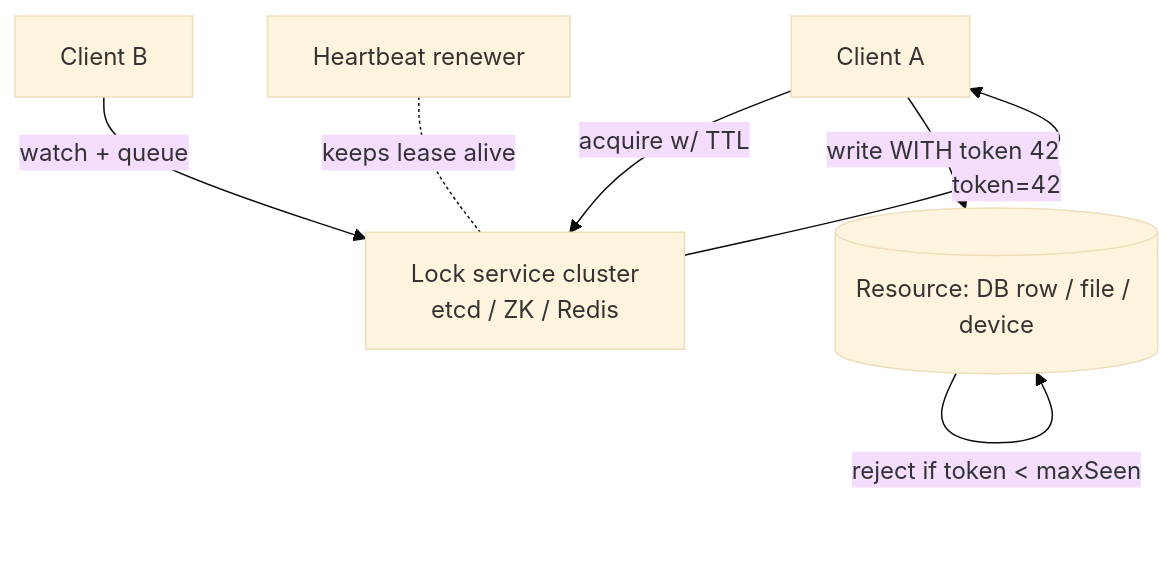
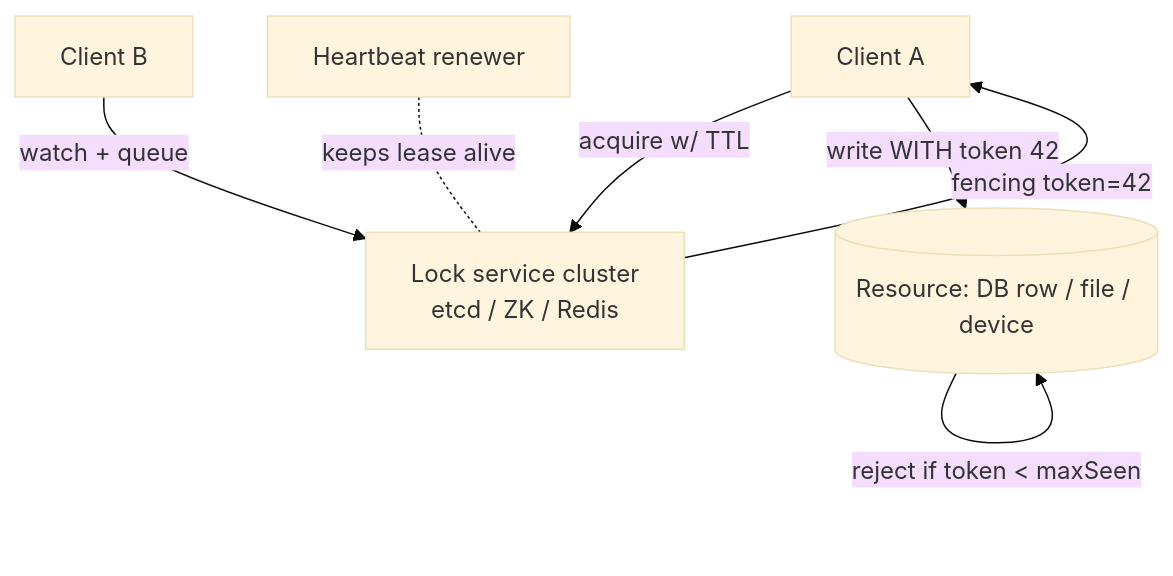
The second of 12 diagrams in docs/system-design/high-level/designing/advanced/distributed-locking-service.md (abhishekghoshh/system-design-helper), drawn with Mermaid (base theme) before and after one commit. The commit also changed other lines of this file and 107 other files, not shown here.

````diff
--- a/docs/system-design/high-level/designing/advanced/distributed-locking-service.md
+++ b/docs/system-design/high-level/designing/advanced/distributed-locking-service.md
@@ -240,9 +178,9 @@
 ```mermaid
 flowchart TB
     C1[Client A] -->|acquire w/ TTL| SVC[Lock service cluster<br/>etcd / ZK / Redis]
     C2[Client B] -->|watch + queue| SVC
-    SVC -->|token=42| C1
+    SVC -->|fencing token=42| C1
     C1 -->|write WITH token 42| RES[(Resource: DB row / file / device)]
     RES -->|reject if token < maxSeen| RES
     HB[Heartbeat renewer] -.keeps lease alive.- SVC
 ```
````
